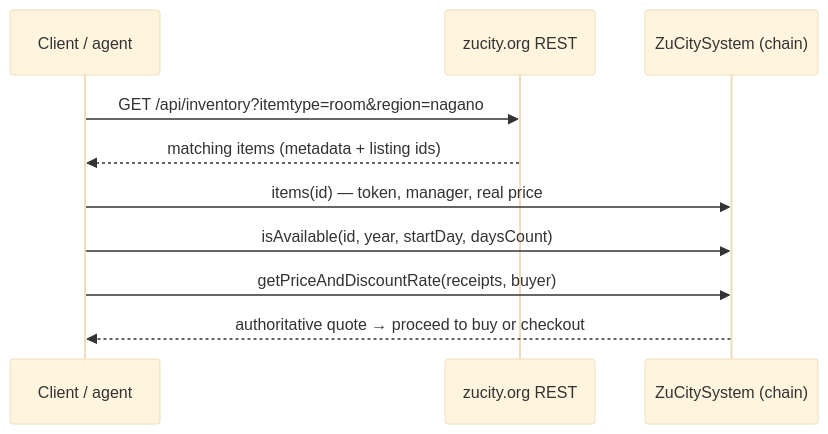
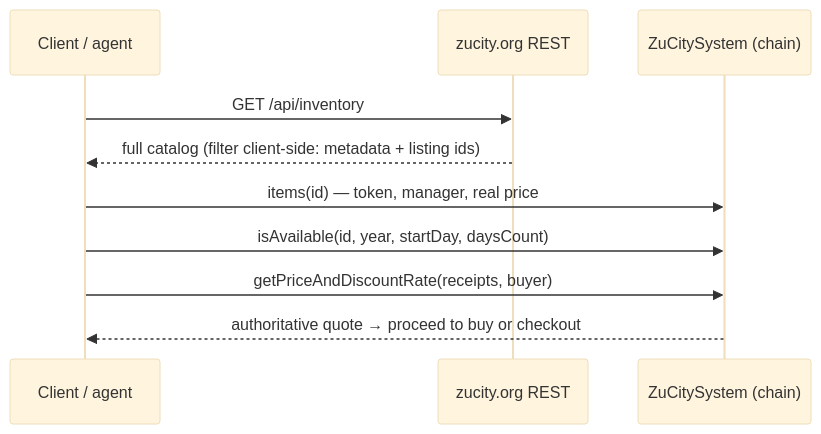
Before and after one commit to kibagateaux/zucity-api-docs: the first of 5 diagrams in api.md, drawn with Mermaid (base theme). The commit also changed other lines of this file and 3 other files, not shown here.

First line of the commit message:
inventory filter retirement — /api/inventory becomes a static build artifact

````diff
--- a/api.md
+++ b/api.md
@@ -14,12 +14,12 @@
 ```mermaid
 sequenceDiagram
     participant C as Client / agent
     participant R as zucity.org REST
     participant Z as ZuCitySystem (chain)
-    C->>R: GET /api/inventory?itemtype=room&region=nagano
-    R-->>C: matching items (metadata + listing ids)
+    C->>R: GET /api/inventory
+    R-->>C: full catalog (filter client-side: metadata + listing ids)
     C->>Z: items(id) — token, manager, real price
     C->>Z: isAvailable(id, year, startDay, daysCount)
     C->>Z: getPriceAndDiscountRate(receipts, buyer)
     Z-->>C: authoritative quote → proceed to buy or checkout
 ```
````
